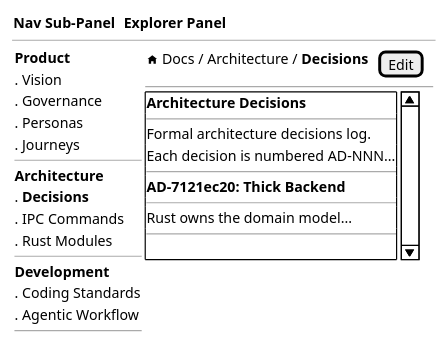
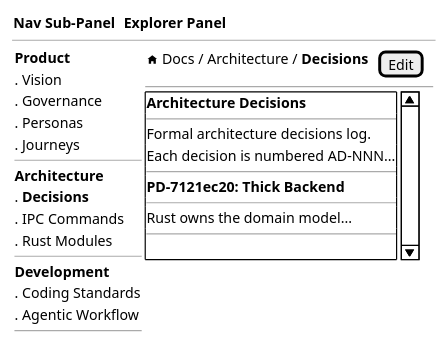
The first of 5 diagrams in .orqa/discovery/wireframes/WIRE-93a0f6c1.md (orqastudio/app), drawn with PlantUML before and after one commit. The commit also changed 881 other files, not shown here.

First line of the commit message:
Migration review remediation + full architecture review + JSDoc compliance

````diff
--- a/.orqa/discovery/wireframes/WIRE-93a0f6c1.md
+++ b/.orqa/discovery/wireframes/WIRE-93a0f6c1.md
@@ -24,43 +24,43 @@
 ```plantuml
 @startsalt
 {
   { <b>Nav Sub-Panel</b> | . | <b>Explorer Panel</b> }
   ---
   {
     {
       <b>Product</b>
       . Vision
       . Governance
       . Personas
       . Journeys
       ---
       <b>Architecture</b>
       . <b>Decisions</b>
       . IPC Commands
       . Rust Modules
       ---
       <b>Development</b>
       . Coding Standards
       . Agentic Workflow
       ---
       .
     } | {
       { <&home> Docs / Architecture / <b>Decisions</b> | . | [Edit] }
       ---
       {SI
         <b>Architecture Decisions</b>
         ---
         Formal architecture decisions log.
         Each decision is numbered AD-NNN...
         ---
-        <b>AD-7121ec20: Thick Backend</b>
+        <b>PD-7121ec20: Thick Backend</b>
         ---
         Rust owns the domain model...
         ---
         .
       }
     }
   }
 }
 @endsalt
 ```
````
